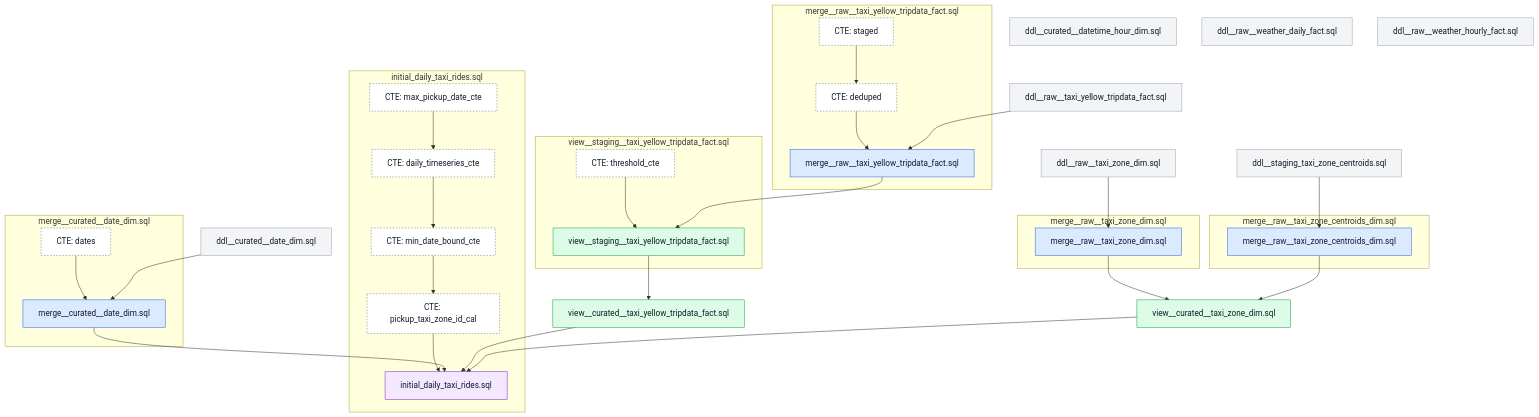
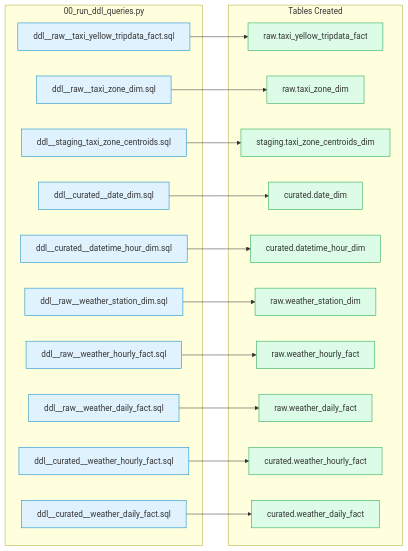
One commit to betsyhcamp/nyc_taxi changed the first of 5 diagrams in local/README.md. Above: the diagram before and after it, drawn with Mermaid. The commit also changed other lines of this file and 27 other files, not shown here.

Commit message:
ingest weather data to duckdb; add dataflow diagrams in readme

````diff
--- a/local/README.md
+++ b/local/README.md
@@ -109,63 +184,42 @@
 ```mermaid
-flowchart TD
-    classDef ddl fill:#f3f4f6,stroke:#9ca3af,color:#111827;
-    classDef merge fill:#dbeafe,stroke:#2563eb,color:#111827;
-    classDef view fill:#dcfce7,stroke:#16a34a,color:#111827;
-    classDef analysis fill:#f3e8ff,stroke:#7e22ce,color:#111827;
-    classDef cte fill:#ffffff,stroke:#6b7280,stroke-dasharray: 3 3,color:#111827;
+flowchart LR
+    classDef script fill:#e0f2fe,stroke:#0284c7
+    classDef table fill:#dcfce7,stroke:#16a34a
 
-    ddl_raw_taxi[ddl__raw__taxi_yellow_tripdata_fact.sql]:::ddl
-    ddl_raw_zone[ddl__raw__taxi_zone_dim.sql]:::ddl
-    ddl_staging_centroids[ddl__staging_taxi_zone_centroids.sql]:::ddl
-    ddl_date_dim[ddl__curated__date_dim.sql]:::ddl
-    ddl_datetime_hour[ddl__curated__datetime_hour_dim.sql]:::ddl
-    ddl_weather_daily[ddl__raw__weather_daily_fact.sql]:::ddl
-    ddl_weather_hourly[ddl__raw__weather_hourly_fact.sql]:::ddl
-
-    subgraph merge_raw_taxi["merge__raw__taxi_yellow_tripdata_fact.sql"]
-        merge_raw_taxi_file[merge__raw__taxi_yellow_tripdata_fact.sql]:::merge
-        merge_raw_taxi_staged[CTE: staged]:::cte
-        merge_raw_taxi_deduped[CTE: deduped]:::cte
-        merge_raw_taxi_staged --> merge_raw_taxi_deduped --> merge_raw_taxi_file
+    subgraph scripts_0 [00_run_ddl_queries.py]
+        ddl1[ddl__raw__taxi_yellow_tripdata_fact.sql]:::script
+        ddl2[ddl__raw__taxi_zone_dim.sql]:::script
+        ddl3[ddl__staging_taxi_zone_centroids.sql]:::script
+        ddl4[ddl__curated__date_dim.sql]:::script
+        ddl5[ddl__curated__datetime_hour_dim.sql]:::script
+        ddl6[ddl__raw__weather_station_dim.sql]:::script
+        ddl7[ddl__raw__weather_hourly_fact.sql]:::script
+        ddl8[ddl__raw__weather_daily_fact.sql]:::script
+        ddl9[ddl__curated__weather_hourly_fact.sql]:::script
+        ddl10[ddl__curated__weather_daily_fact.sql]:::script
     end
 
-    subgraph view_staging_taxi["view__staging__taxi_yellow_tripdata_fact.sql"]
-        view_staging_taxi_file[view__staging__taxi_yellow_tripdata_fact.sql]:::view
-        view_staging_taxi_threshold[CTE: threshold_cte]:::cte
-        view_staging_taxi_threshold --> view_staging_taxi_file
+    subgraph tables_0 [Tables Created]
+        raw_taxi[raw.taxi_yellow_tripdata_fact]:::table
+        raw_zone[raw.taxi_zone_dim]:::table
+        stg_centroid[staging.taxi_zone_centroids_dim]:::table
+        cur_date[curated.date_dim]:::table
+        cur_hour[curated.datetime_hour_dim]:::table
+        raw_station[raw.weather_station_dim]:::table
+        raw_whourly[raw.weather_hourly_fact]:::table
+        raw_wdaily[raw.weather_daily_fact]:::table
+        cur_whourly[curated.weather_hourly_fact]:::table
+        cur_wdaily[curated.weather_daily_fact]:::table
     end
 
-    view_curated_fact[view__curated__taxi_yellow_tripdata_fact.sql]:::view
-
-    subgraph merge_raw_zone["merge__raw__taxi_zone_dim.sql"]
-        merge_raw_zone_file[merge__raw__taxi_zone_dim.sql]:::merge
-    end
-
-    subgraph merge_raw_centroids["merge__raw__taxi_zone_centroids_dim.sql"]
-        merge_raw_centroids_file[merge__raw__taxi_zone_centroids_dim.sql]:::merge
-    end
-
-    view_curated_zone[view__curated__taxi_zone_dim.sql]:::view
-
-    subgraph merge_date_dim["merge__curated__date_dim.sql"]
-        merge_date_dim_file[merge__curated__date_dim.sql]:::merge
-        merge_date_dim_dates[CTE: dates]:::cte
-        merge_date_dim_dates --> merge_date_dim_file
-    end
-
-    subgraph initial_daily["initial_daily_taxi_rides.sql"]
-        initial_daily_file[initial_daily_taxi_rides.sql]:::analysis
-        initial_max_date[CTE: max_pickup_date_cte]:::cte
-        initial_daily_cte[CTE: daily_timeseries_cte]:::cte
-        initial_min_date[CTE: min_date_bound_cte]:::cte
-        initial_calendar[CTE: pickup_taxi_zone_id_cal]:::cte
-        initial_max_date --> initial_daily_cte --> initial_min_date --> initial_calendar --> initial_daily_file
-    end
-
-    ddl_raw_taxi --> merge_raw_taxi_file --> view_staging_taxi_file --> view_curated_fact
-    ddl_raw_zone --> merge_raw_zone_file --> view_curated_zone
-    ddl_staging_centroids --> merge_raw_centroids_file --> view_curated_zone
-    ddl_date_dim --> merge_date_dim_file --> initial_daily_file
-    view_curated_fact --> initial_daily_file
-    view_curated_zone --> initial_daily_file
+    ddl1 --> raw_taxi
+    ddl2 --> raw_zone
+    ddl3 --> stg_centroid
+    ddl4 --> cur_date
+    ddl5 --> cur_hour
+    ddl6 --> raw_station
+    ddl7 --> raw_whourly
+    ddl8 --> raw_wdaily
+    ddl9 --> cur_whourly
+    ddl10 --> cur_wdaily
 ```
````
